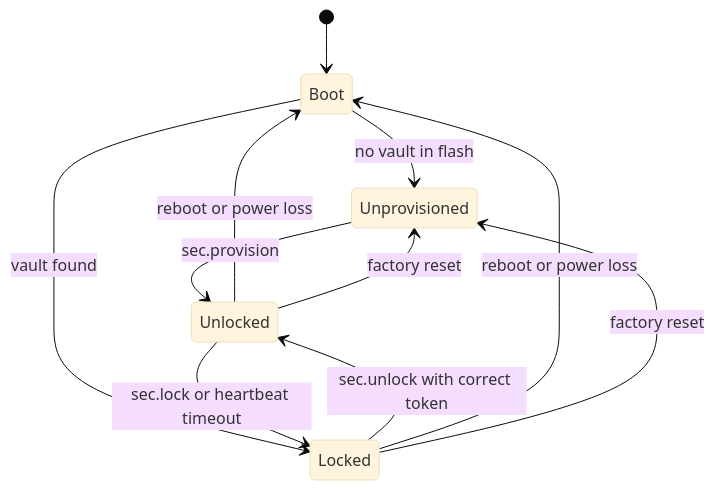
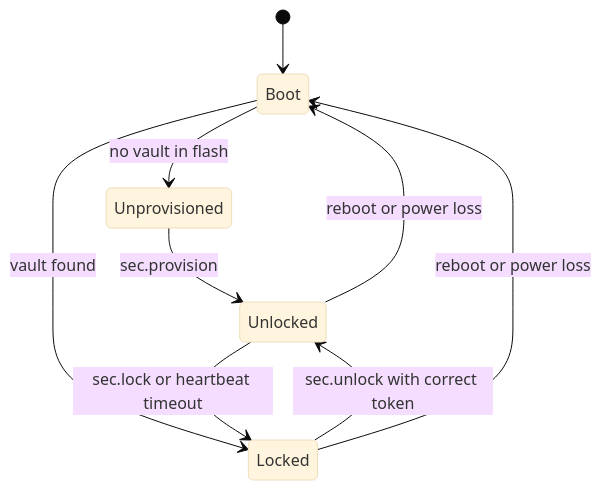
Before and after one commit to OffGridCH/firmware: the first of 3 diagrams in docs/offgrid-link.md, drawn with Mermaid (base theme). The commit also changed other lines of this file and 16 other files, not shown here.

````diff
--- a/docs/offgrid-link.md
+++ b/docs/offgrid-link.md
@@ -225,13 +225,11 @@
 ```mermaid
 stateDiagram-v2
     [*] --> Boot
     Boot --> Unprovisioned: no vault in flash
     Boot --> Locked: vault found
     Unprovisioned --> Unlocked: sec.provision
     Locked --> Unlocked: sec.unlock with correct token
     Unlocked --> Locked: sec.lock or heartbeat timeout
     Unlocked --> Boot: reboot or power loss
     Locked --> Boot: reboot or power loss
-    Locked --> Unprovisioned: factory reset
-    Unlocked --> Unprovisioned: factory reset
 ```
````
